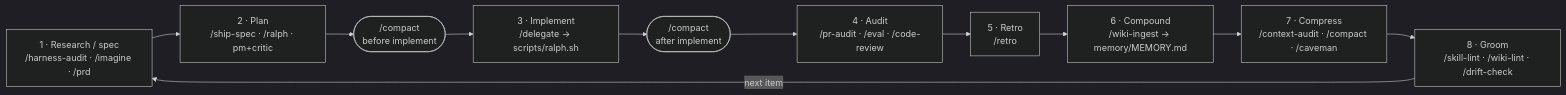
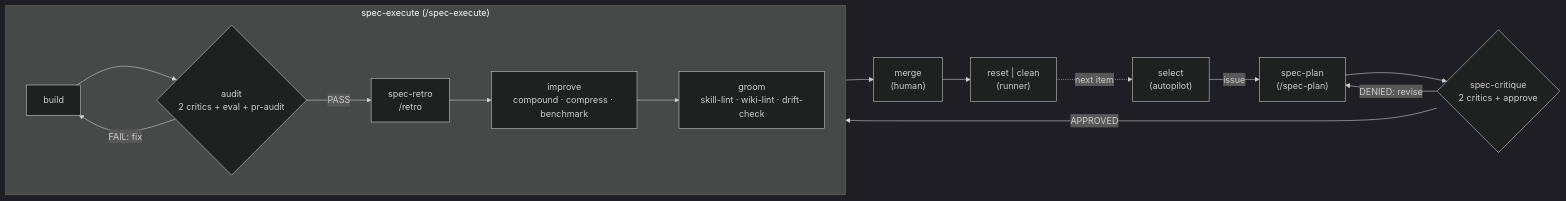
Before and after one commit to mifunedev/openharness: the diagram in AGENTS.md, drawn with Mermaid (dark theme). The commit also changed other lines of this file and 21 other files, not shown here.

````diff
--- a/AGENTS.md
+++ b/AGENTS.md
@@ -132,11 +135,18 @@
 ```mermaid
 flowchart LR
-    R["1 · Research / spec<br/>/harness-audit · /imagine · /prd"] --> P["2 · Plan<br/>/ship-spec · /ralph · pm+critic"]
-    P --> CB(["/compact<br/>before implement"]) --> I["3 · Implement<br/>/delegate → scripts/ralph.sh"]
-    I --> CA(["/compact<br/>after implement"]) --> A["4 · Audit<br/>/pr-audit · /eval · /code-review"]
-    A --> RE["5 · Retro<br/>/retro"]
-    RE --> C["6 · Compound<br/>/wiki-ingest → memory/MEMORY.md"]
-    C --> Z["7 · Compress<br/>/context-audit · /compact · /caveman"]
-    Z --> G["8 · Groom<br/>/skill-lint · /wiki-lint · /drift-check"]
-    G -->|next item| R
+    SEL["select<br/>(autopilot)"] -->|issue| PLAN["spec-plan<br/>(/spec-plan)"]
+    PLAN --> CRIT{"spec-critique<br/>2 critics + approve"}
+    CRIT -->|DENIED: revise| PLAN
+    CRIT -->|APPROVED| BUILD["build"]
+    subgraph EXEC["spec-execute (/spec-execute)"]
+        direction LR
+        BUILD --> AUDIT{"audit<br/>2 critics + eval + pr-audit"}
+        AUDIT -->|FAIL: fix| BUILD
+        AUDIT -->|PASS| SRETRO["spec-retro<br/>/retro"]
+        SRETRO --> IMPROVE["improve<br/>compound · compress · benchmark"]
+        IMPROVE --> GROOM["groom<br/>skill-lint · wiki-lint · drift-check"]
+    end
+    GROOM --> MERGE["merge<br/>(human)"]
+    MERGE --> RESET["reset | clean<br/>(runner)"]
+    RESET -.->|next item| SEL
 ```
````
